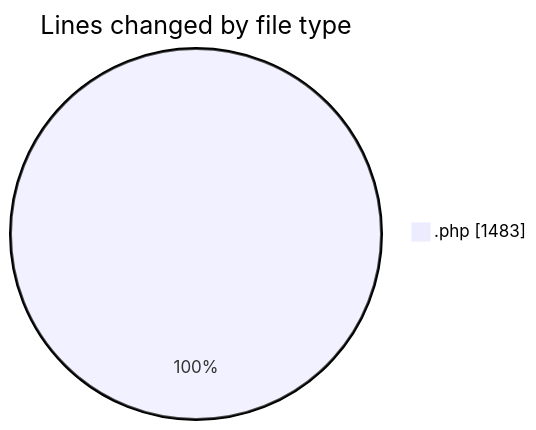
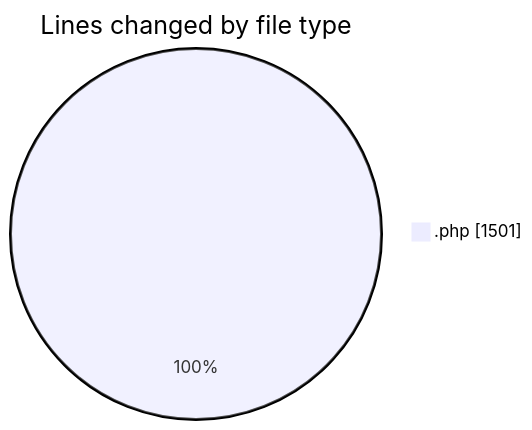
One commit to debugP/code-tracking changed the first of 2 diagrams in 2026-07-09/wp-content/README.md. Above: the diagram before and after it, drawn with Mermaid. The commit also changed other lines of this file and 1 other file, not shown here.

````diff
--- a/2026-07-09/wp-content/README.md
+++ b/2026-07-09/wp-content/README.md
@@ -22,5 +22,5 @@
 ```mermaid
 pie showData
 title Lines changed by file type
-".php" : 1483
+".php" : 1501
 ```
````
